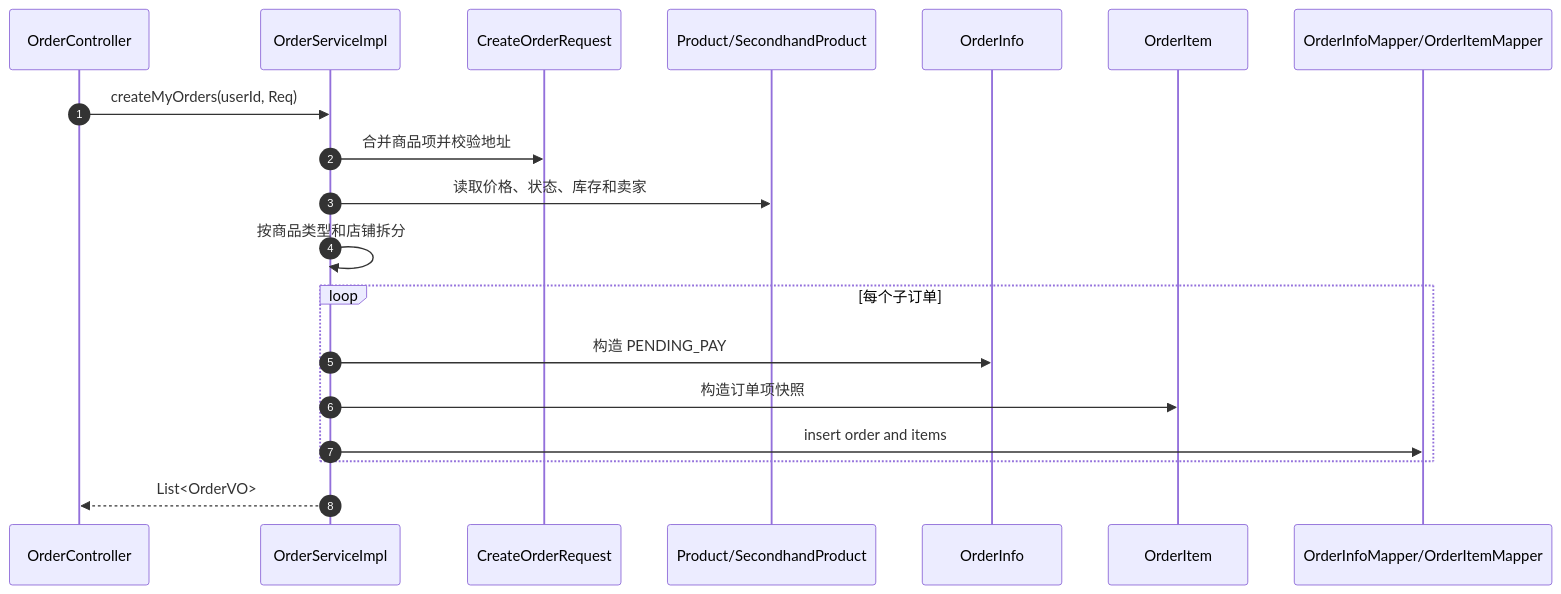
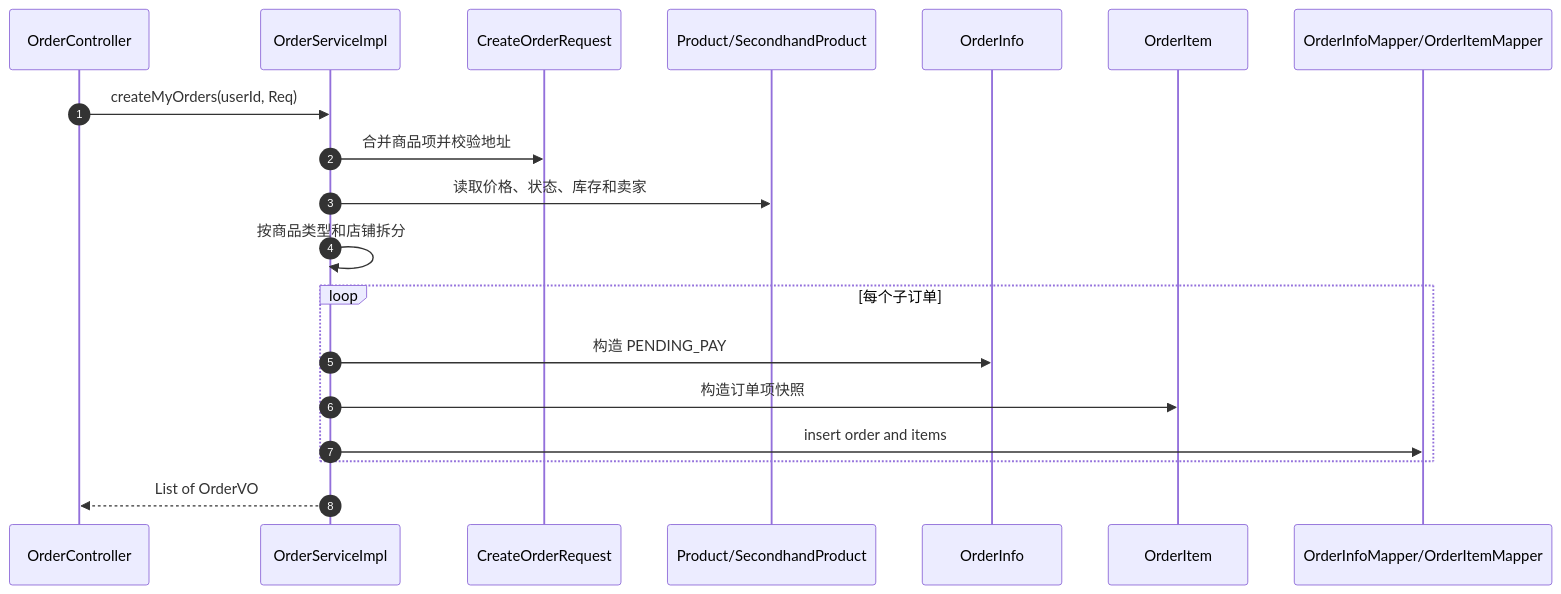
Before and after one commit to Isabella-Apus/SEGroup8: diagram 12 of 26 in 02_docs/specifications/software-detailed-design.md, drawn with Mermaid. The commit also changed other lines of this file and 7 other files, not shown here.

````diff
--- a/02_docs/specifications/software-detailed-design.md
+++ b/02_docs/specifications/software-detailed-design.md
@@ -305,21 +305,21 @@
 ```mermaid
 sequenceDiagram
   autonumber
   participant C as OrderController
   participant S as OrderServiceImpl
   participant Req as CreateOrderRequest
   participant P as Product/SecondhandProduct
   participant O as OrderInfo
   participant I as OrderItem
   participant OM as OrderInfoMapper/OrderItemMapper
   C->>S: createMyOrders(userId, Req)
   S->>Req: 合并商品项并校验地址
   S->>P: 读取价格、状态、库存和卖家
   S->>S: 按商品类型和店铺拆分
   loop 每个子订单
     S->>O: 构造 PENDING_PAY
     S->>I: 构造订单项快照
     S->>OM: insert order and items
   end
-  S-->>C: List<OrderVO>
+  S-->>C: List of OrderVO
 ```
````
